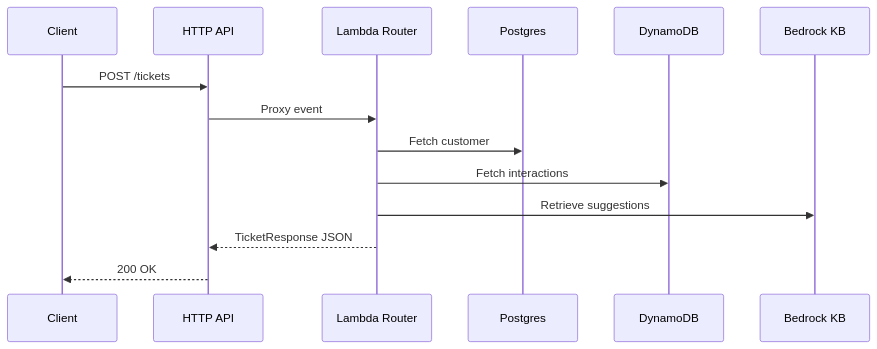
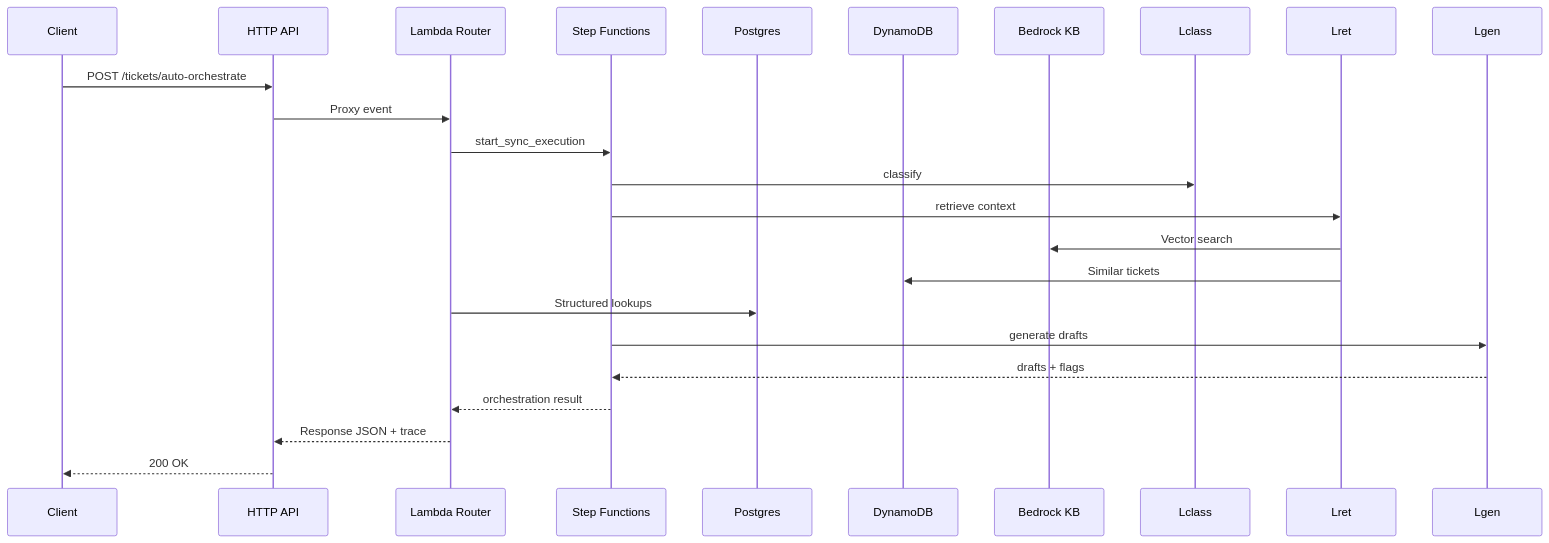
One commit to Sumitbhoyar/customer-support-copilot changed the second of 2 diagrams in README.md. Above: the diagram before and after it, drawn with Mermaid. The commit also changed other lines of this file and 25 other files, not shown here.

````diff
--- a/README.md
+++ b/README.md
@@ -42,17 +49,24 @@
 ```mermaid
 sequenceDiagram
   participant C as Client
   participant API as HTTP API
   participant L as Lambda Router
+  participant SF as Step Functions
   participant DB as Postgres
   participant DD as DynamoDB
   participant KB as Bedrock KB
 
-  C->>API: POST /tickets
+  C->>API: POST /tickets/auto-orchestrate
   API->>L: Proxy event
-  L->>DB: Fetch customer
-  L->>DD: Fetch interactions
-  L->>KB: Retrieve suggestions
-  L-->>API: TicketResponse JSON
+  L->>SF: start_sync_execution
+  SF->>Lclass: classify
+  SF->>Lret: retrieve context
+  Lret->>KB: Vector search
+  Lret->>DD: Similar tickets
+  L->>DB: Structured lookups
+  SF->>Lgen: generate drafts
+  Lgen-->>SF: drafts + flags
+  SF-->>L: orchestration result
+  L-->>API: Response JSON + trace
   API-->>C: 200 OK
 ```
````
